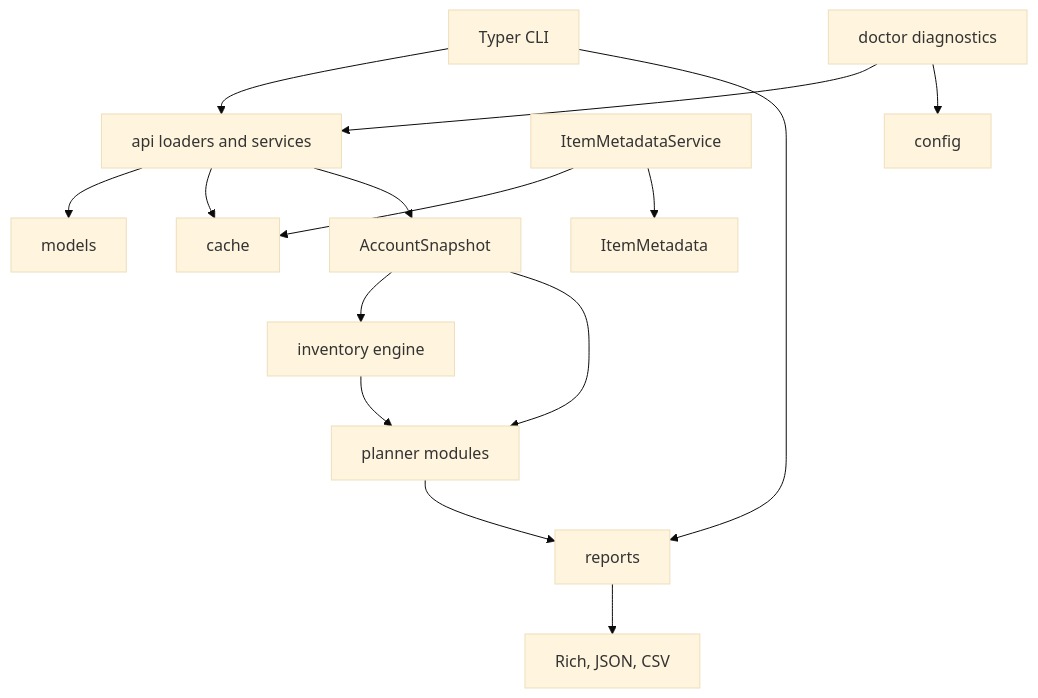
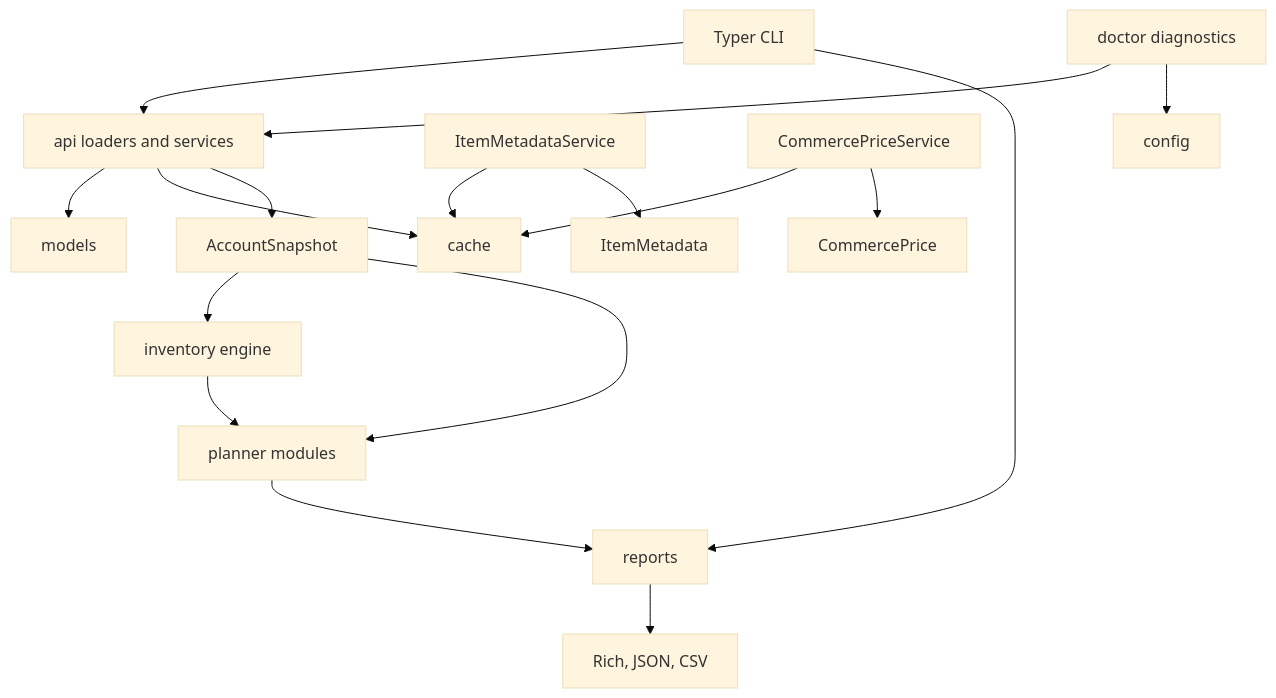
One commit to Koden02/GW2-legendary-planner changed the first of 2 diagrams in docs/ARCHITECTURE.md. Above: the diagram before and after it, drawn with Mermaid (base theme). The commit also changed other lines of this file and 16 other files, not shown here.

````diff
--- a/docs/ARCHITECTURE.md
+++ b/docs/ARCHITECTURE.md
@@ -24,17 +25,19 @@
 ```mermaid
 flowchart TD
     CLI["Typer CLI"] --> API["api loaders and services"]
     CLI --> Reports["reports"]
     API --> Models["models"]
     API --> Cache["cache"]
     API --> Snapshot["AccountSnapshot"]
     Snapshot --> Inventory["inventory engine"]
     Inventory --> Planner["planner modules"]
     Snapshot --> Planner
     APIItems["ItemMetadataService"] --> Cache
     APIItems --> ItemModels["ItemMetadata"]
+    APICommerce["CommercePriceService"] --> Cache
+    APICommerce --> CommerceModels["CommercePrice"]
     Planner --> Reports
     Reports --> Output["Rich, JSON, CSV"]
     Diagnostics["doctor diagnostics"] --> API
     Diagnostics --> Config["config"]
 ```
````
